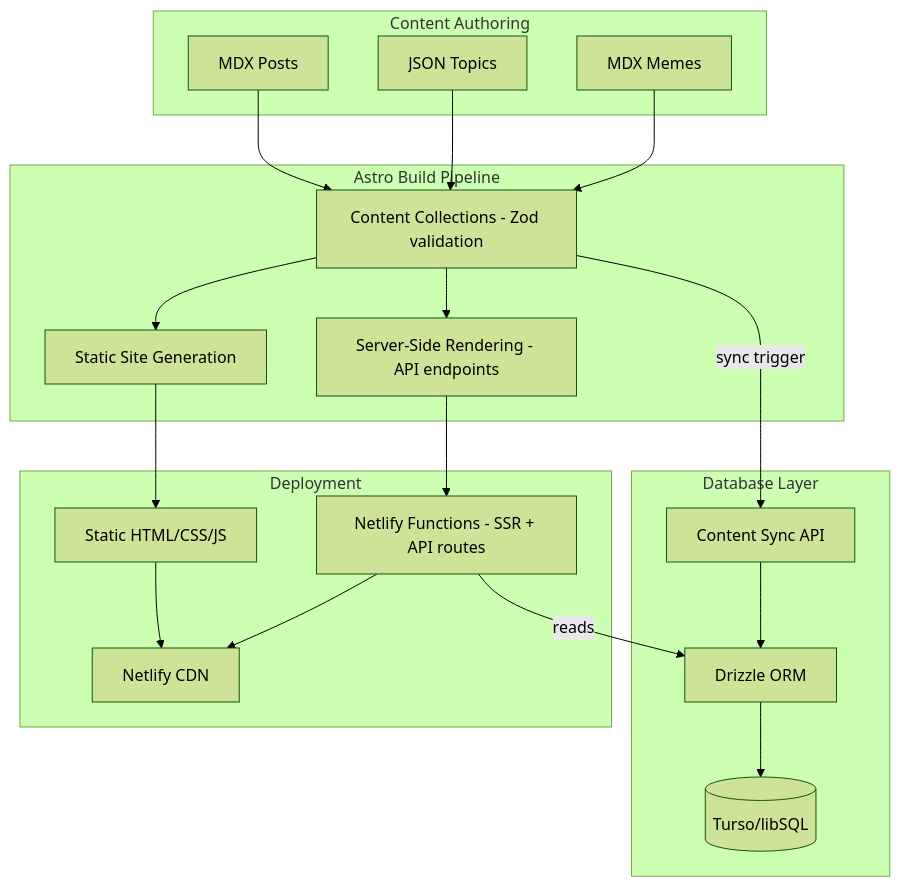
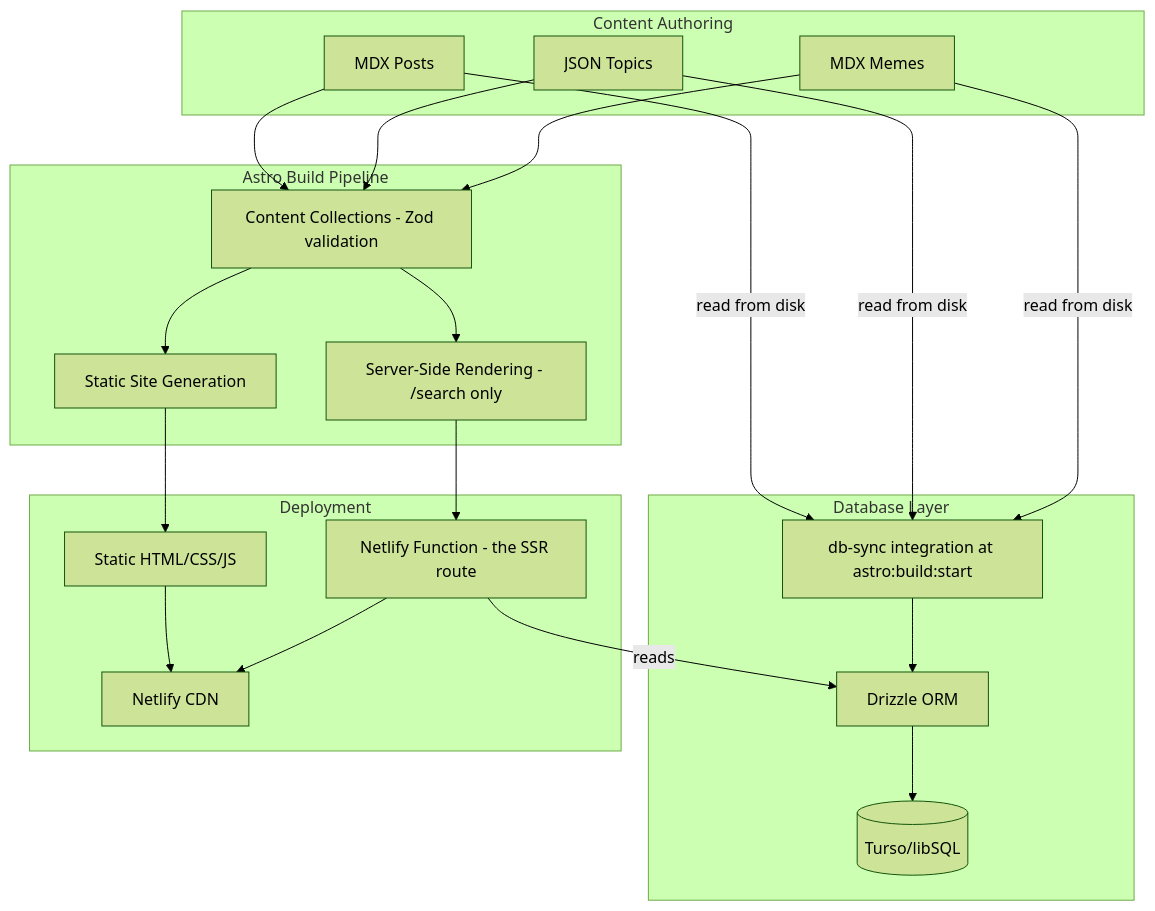
The second of 8 diagrams in docs/stable/architecture/architecture.md (duckycoding-dev/ducky-coding), drawn with Mermaid (forest theme) before and after one commit. The commit also changed other lines of this file and 6 other files, not shown here.

````diff
--- a/docs/stable/architecture/architecture.md
+++ b/docs/stable/architecture/architecture.md
@@ -25,41 +47,43 @@
 ```mermaid
 graph TB
     subgraph "Content Authoring"
         MD[MDX Posts]
         JSON[JSON Topics]
         MEME[MDX Memes]
     end
 
     subgraph "Astro Build Pipeline"
         CC[Content Collections - Zod validation]
         SSG[Static Site Generation]
-        SSR[Server-Side Rendering - API endpoints]
+        SSR["Server-Side Rendering - /search only"]
     end
 
     subgraph "Database Layer"
-        SYNC[Content Sync API]
+        SYNC["db-sync integration at astro:build:start"]
         DRIZZLE[Drizzle ORM]
         TURSO[(Turso/libSQL)]
     end
 
     subgraph "Deployment"
         NETLIFY[Netlify CDN]
         STATIC[Static HTML/CSS/JS]
-        SERVERLESS[Netlify Functions - SSR + API routes]
+        SERVERLESS[Netlify Function - the SSR route]
     end
 
     MD --> CC
     JSON --> CC
     MEME --> CC
     CC --> SSG
     CC --> SSR
     SSG --> STATIC
     SSR --> SERVERLESS
     STATIC --> NETLIFY
     SERVERLESS --> NETLIFY
 
-    CC -->|sync trigger| SYNC
+    MD -->|read from disk| SYNC
+    JSON -->|read from disk| SYNC
+    MEME -->|read from disk| SYNC
     SYNC --> DRIZZLE
     DRIZZLE --> TURSO
     SERVERLESS -->|reads| DRIZZLE
 ```
````
